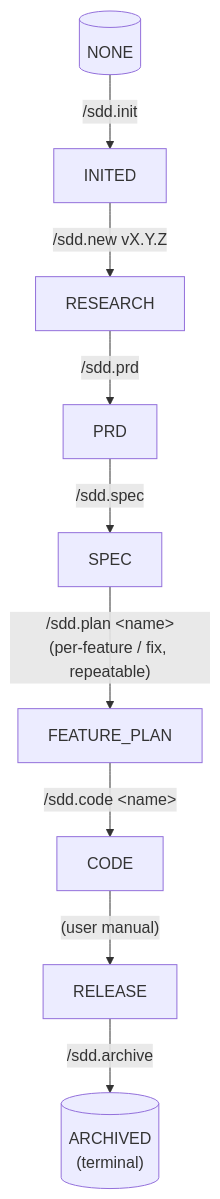
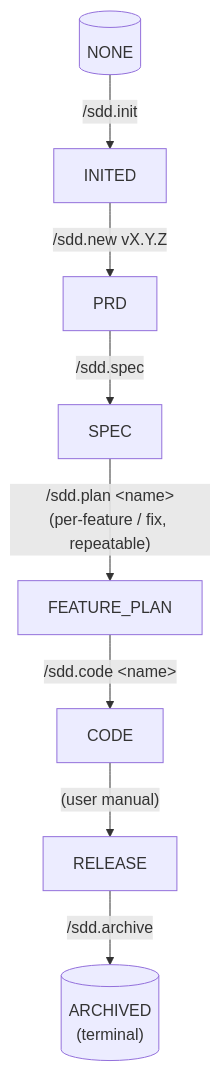
Before and after one commit to dachang364-tech/SDD-Land-Spec: the diagram in docs/superpowers/specs/2026-07-07-sdd-codeagent-plugin-design.md, drawn with Mermaid. The commit also changed other lines of this file, not shown here.

````diff
--- a/docs/superpowers/specs/2026-07-07-sdd-codeagent-plugin-design.md
+++ b/docs/superpowers/specs/2026-07-07-sdd-codeagent-plugin-design.md
@@ -96,11 +96,10 @@
 ```mermaid
 flowchart TD
     NONE[("NONE")] -- /sdd.init --> INITED["INITED"]
-    INITED -- "/sdd.new vX.Y.Z" --> RESEARCH["RESEARCH"]
-    RESEARCH -- /sdd.prd --> PRD["PRD"]
+    INITED -- "/sdd.new vX.Y.Z" --> PRD["PRD"]
     PRD -- /sdd.spec --> SPEC["SPEC"]
     SPEC -- "/sdd.plan &lt;name&gt;<br/>(per-feature / fix, repeatable)" --> FEATURE_PLAN["FEATURE_PLAN"]
     FEATURE_PLAN -- "/sdd.code &lt;name&gt;" --> CODE["CODE"]
     CODE -- "(user manual)" --> RELEASE["RELEASE"]
     RELEASE -- /sdd.archive --> ARCHIVED[("ARCHIVED<br/>(terminal)")]
 ```
````
